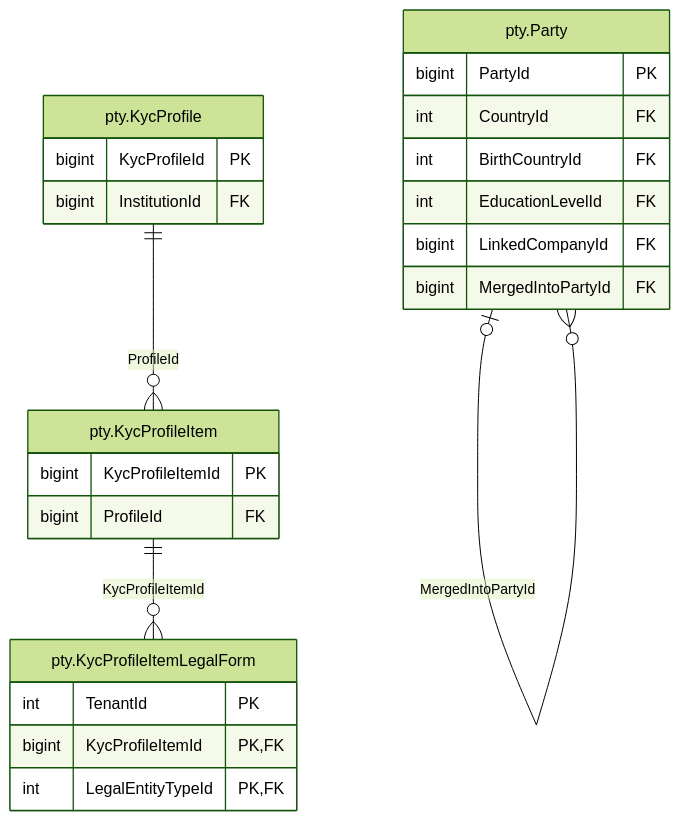
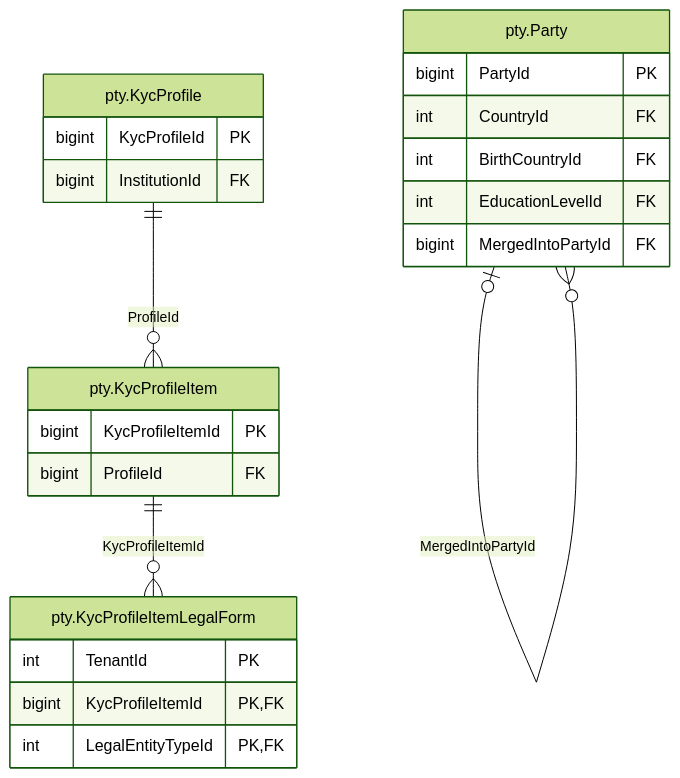
The diagram in treasury-platform/docs/diagrams/erd/m1_party_2.mmd (thawrasy/smartlines), drawn with Mermaid (forest theme) before and after one commit. The commit also changed 159 other files, not shown here.

```diff
--- a/treasury-platform/docs/diagrams/erd/m1_party_2.mmd
+++ b/treasury-platform/docs/diagrams/erd/m1_party_2.mmd
@@ -1,26 +1,25 @@
 %% م1 · الأشخاص والهوية و KYC (2/3) — Parties, identity documents & KYC
 erDiagram
   pty_KycProfile["pty.KycProfile"] {
     bigint KycProfileId PK
     bigint InstitutionId FK
   }
   pty_KycProfileItem["pty.KycProfileItem"] {
     bigint KycProfileItemId PK
     bigint ProfileId FK
   }
   pty_KycProfileItemLegalForm["pty.KycProfileItemLegalForm"] {
     int TenantId PK
     bigint KycProfileItemId PK, FK
     int LegalEntityTypeId PK, FK
   }
   pty_Party["pty.Party"] {
     bigint PartyId PK
     int CountryId FK
     int BirthCountryId FK
     int EducationLevelId FK
-    bigint LinkedCompanyId FK
     bigint MergedIntoPartyId FK
   }
   pty_KycProfile ||--o{ pty_KycProfileItem : "ProfileId"
   pty_KycProfileItem ||--o{ pty_KycProfileItemLegalForm : "KycProfileItemId"
   pty_Party |o--o{ pty_Party : "MergedIntoPartyId"
```
